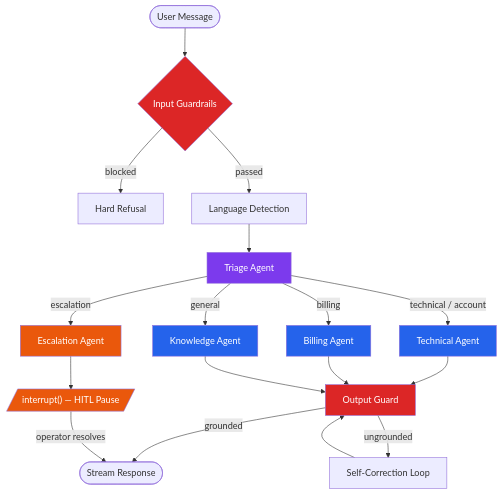
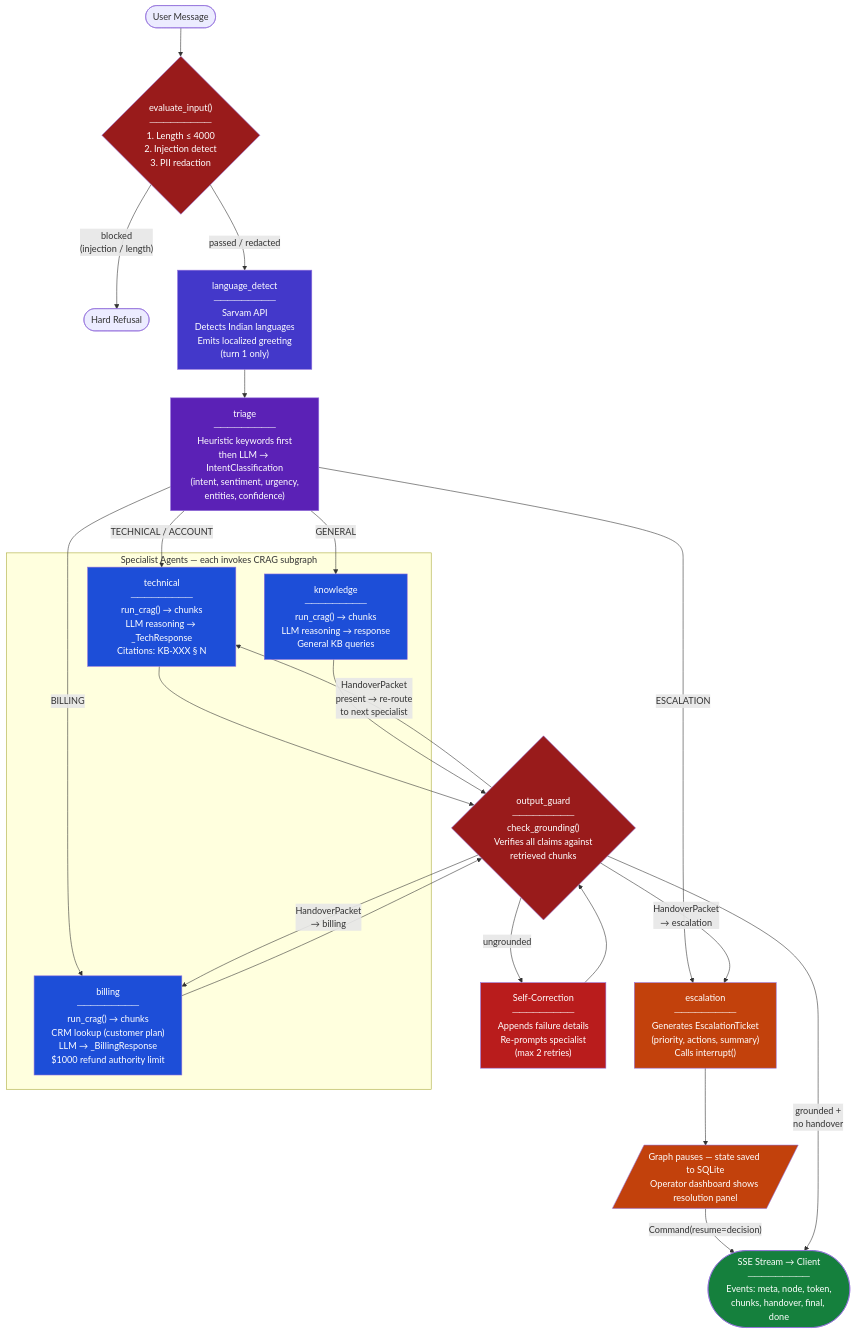
Before and after one commit to mohanganesh3/clouddash: the first of 3 diagrams in README.md, drawn with Mermaid. The commit also changed other lines of this file, not shown here.

Commit message:
docs: upgrade architecture diagrams — full edge topology, CRAG state machine, cross-agent sequence diagram

````diff
--- a/README.md
+++ b/README.md
@@ -39,29 +41,47 @@
 ```mermaid
 flowchart TD
-    start([User Message]) --> guard{Input Guardrails}
-    guard -->|blocked| refuse[Hard Refusal]
-    guard -->|passed| lang[Language Detection]
-    lang --> triage[Triage Agent]
+    start(["User Message"]) --> input_guard{"evaluate_input()<br/>─────────<br/>1. Length ≤ 4000<br/>2. Injection detect<br/>3. PII redaction"}
 
-    triage --> |"technical / account"| tech[Technical Agent]
-    triage --> |"billing"| bill[Billing Agent]
-    triage --> |"general"| know[Knowledge Agent]
-    triage --> |"escalation"| esc[Escalation Agent]
+    input_guard -->|"blocked<br/>(injection / length)"| refuse(["Hard Refusal"])
+    input_guard -->|"passed / redacted"| lang["language_detect<br/>─────────<br/>Sarvam API<br/>Detects Indian languages<br/>Emits localized greeting<br/>(turn 1 only)"]
 
-    tech & bill & know --> outguard[Output Guard]
-    outguard -->|grounded| response([Stream Response])
-    outguard -->|ungrounded| correct[Self-Correction Loop]
-    correct --> outguard
+    lang --> triage["triage<br/>─────────<br/>Heuristic keywords first<br/>then LLM → IntentClassification<br/>(intent, sentiment, urgency,<br/>entities, confidence)"]
 
-    esc --> interrupt[/"interrupt() — HITL Pause"/]
-    interrupt -->|operator resolves| response
+    triage -->|"TECHNICAL / ACCOUNT"| tech
+    triage -->|"BILLING"| bill
+    triage -->|"GENERAL"| know
+    triage -->|"ESCALATION"| esc
 
-    style guard fill:#dc2626,color:#fff
-    style outguard fill:#dc2626,color:#fff
-    style triage fill:#7c3aed,color:#fff
-    style tech fill:#2563eb,color:#fff
-    style bill fill:#2563eb,color:#fff
-    style know fill:#2563eb,color:#fff
-    style esc fill:#ea580c,color:#fff
-    style interrupt fill:#ea580c,color:#fff
+    subgraph workers ["Specialist Agents — each invokes CRAG subgraph"]
+        tech["technical<br/>─────────<br/>run_crag() → chunks<br/>LLM reasoning → _TechResponse<br/>Citations: KB-XXX § N"]
+        bill["billing<br/>─────────<br/>run_crag() → chunks<br/>CRM lookup (customer plan)<br/>LLM → _BillingResponse<br/>$1000 refund authority limit"]
+        know["knowledge<br/>─────────<br/>run_crag() → chunks<br/>LLM reasoning → response<br/>General KB queries"]
+    end
+
+    esc["escalation<br/>─────────<br/>Generates EscalationTicket<br/>(priority, actions, summary)<br/>Calls interrupt()"] --> hitl[/"Graph pauses — state saved to SQLite<br/>Operator dashboard shows resolution panel"/]
+
+    hitl -->|"Command(resume=decision)"| response
+
+    tech & bill & know --> outguard
+
+    outguard{"output_guard<br/>─────────<br/>check_grounding()<br/>Verifies all claims against<br/>retrieved chunks"} -->|"grounded +<br/>no handover"| response(["SSE Stream → Client<br/>─────────<br/>Events: meta, node, token,<br/>chunks, handover, final, done"])
+
+    outguard -->|"ungrounded"| selfcorrect["Self-Correction<br/>─────────<br/>Appends failure details<br/>Re-prompts specialist<br/>(max 2 retries)"]
+    selfcorrect --> outguard
+
+    outguard -->|"HandoverPacket<br/>present → re-route<br/>to next specialist"| tech
+    outguard -->|"HandoverPacket<br/>→ billing"| bill
+    outguard -->|"HandoverPacket<br/>→ escalation"| esc
+
+    style input_guard fill:#991b1b,color:#fff
+    style outguard fill:#991b1b,color:#fff
+    style triage fill:#5b21b6,color:#fff
+    style tech fill:#1d4ed8,color:#fff
+    style bill fill:#1d4ed8,color:#fff
+    style know fill:#1d4ed8,color:#fff
+    style esc fill:#c2410c,color:#fff
+    style hitl fill:#c2410c,color:#fff
+    style lang fill:#4338ca,color:#fff
+    style selfcorrect fill:#b91c1c,color:#fff
+    style response fill:#15803d,color:#fff
 ```
````
